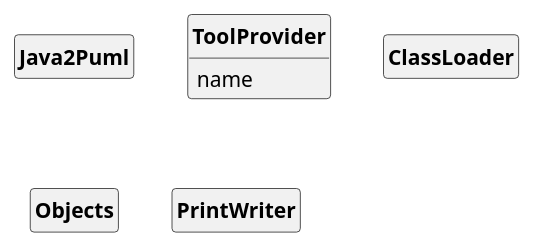
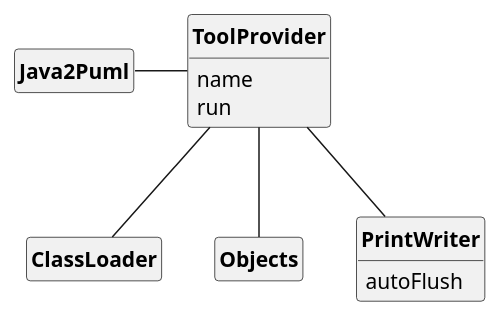
The diagram in uml/DocletDCA.puml (DimToups/Java-to-PUML-converter), drawn with PlantUML before and after one commit. The commit also changed 2 other files, not shown here.

```diff
--- a/uml/DocletDCA.puml
+++ b/uml/DocletDCA.puml
@@ -1,27 +1,31 @@
 @startuml
 'https://plantuml.com/class-diagram
 skinparam style strictuml
 skinparam classAttributeIconSize 0
 skinparam classFontStyle Bold
 
 hide empty members
 
 class Java2Puml{
 
 }
 
 class ToolProvider{
     name
+    run
 }
 
-class ClassLoader{
-
-}
+class ClassLoader
 
 class Objects
 
 class PrintWriter{
-
+    autoFlush
 }
 
+Java2Puml - ToolProvider
+ToolProvider -- Objects
+ToolProvider -- ClassLoader
+ToolProvider -- PrintWriter
+
 @enduml
```
